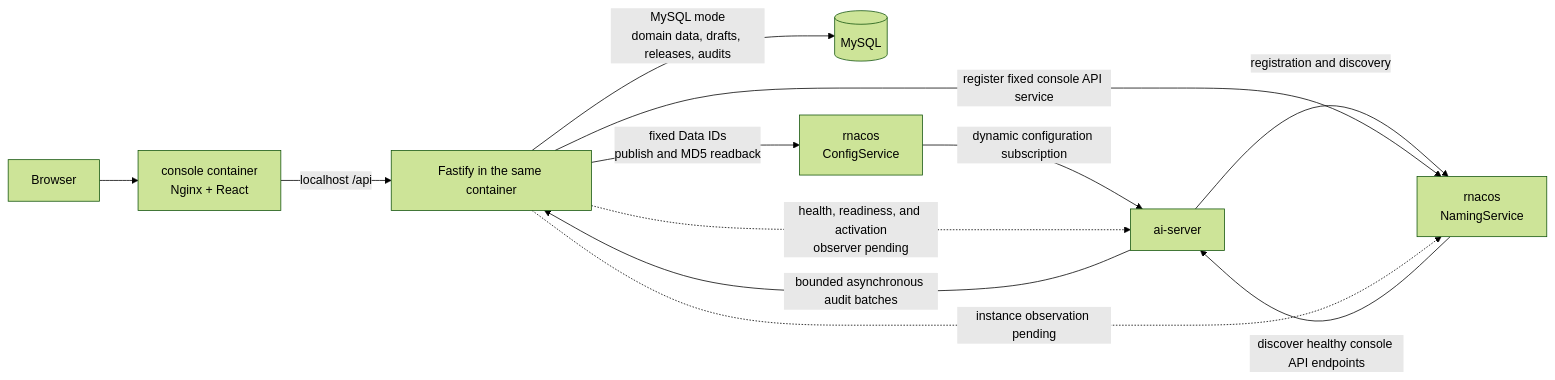
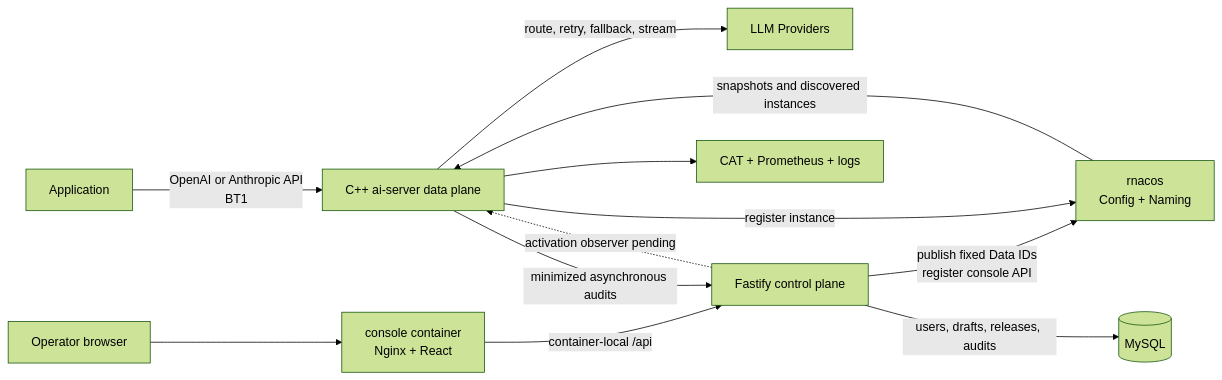
The diagram in README.md (fiber-net-gateway/ai-gateway), drawn with Mermaid (forest theme) before and after one commit. The commit also changed other lines of this file and 1 other file, not shown here.

````diff
--- a/README.md
+++ b/README.md
@@ -29,14 +41,14 @@
 ```mermaid
 flowchart LR
-    B[Browser] --> W[console container<br/>Nginx + React]
-    W -->|localhost /api| A[Fastify in the same container]
-    A -->|MySQL mode<br/>domain data, drafts, releases, audits| D[(MySQL)]
-    A -->|fixed Data IDs<br/>publish and MD5 readback| C[rnacos<br/>ConfigService]
-    C -->|dynamic configuration subscription| S[ai-server]
-    S -->|registration and discovery| N[rnacos<br/>NamingService]
-    A -->|register fixed console API service| N
-    N -->|discover healthy console API endpoints| S
-    S -->|bounded asynchronous audit batches| A
-    A -.->|health, readiness, and activation<br/>observer pending| S
-    A -.->|instance observation pending| N
+    U[Application] -->|OpenAI or Anthropic API<br/>BT1| S[C++ ai-server data plane]
+    S -->|route, retry, fallback, stream| P[LLM Providers]
+    B[Operator browser] --> W[console container<br/>Nginx + React]
+    W -->|container-local /api| A[Fastify control plane]
+    A -->|users, drafts, releases, audits| D[(MySQL)]
+    A -->|publish fixed Data IDs<br/>register console API| R[rnacos<br/>Config + Naming]
+    R -->|snapshots and discovered instances| S
+    S -->|register instance| R
+    S -->|minimized asynchronous audits| A
+    S --> O[CAT + Prometheus + logs]
+    A -.->|activation observer pending| S
 ```
````
